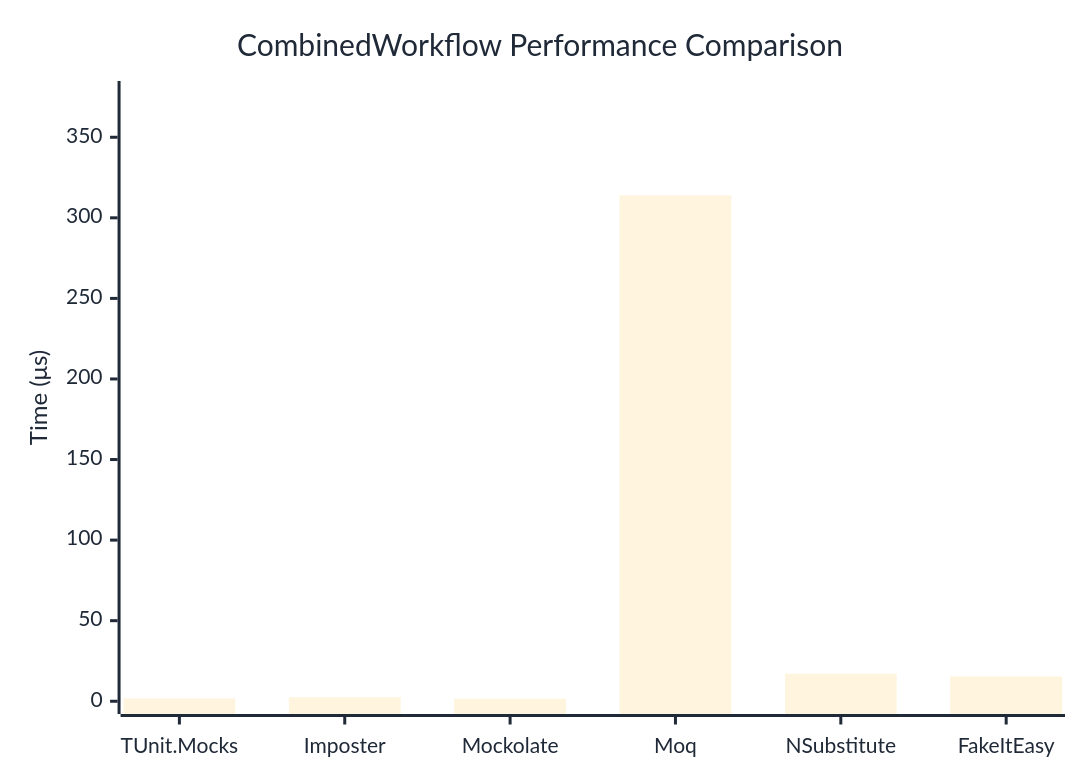
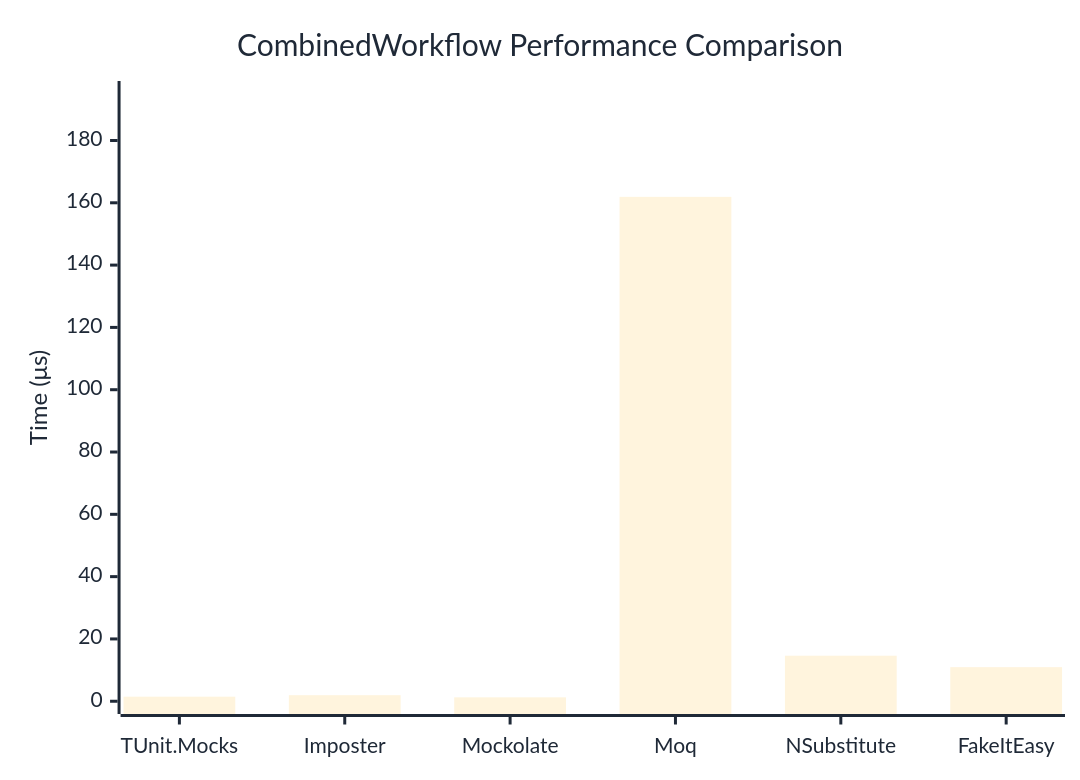
The diagram in docs/docs/benchmarks/mocks/CombinedWorkflow.md (thomhurst/TUnit), drawn with Mermaid before and after one commit. The commit also changed other lines of this file and 14 other files, not shown here.

````diff
--- a/docs/docs/benchmarks/mocks/CombinedWorkflow.md
+++ b/docs/docs/benchmarks/mocks/CombinedWorkflow.md
@@ -30,27 +30,27 @@
 ```mermaid
 %%{init: {
   'theme':'base',
   'themeVariables': {
     'primaryColor': '#2563eb',
     'primaryTextColor': '#1f2937',
     'primaryBorderColor': '#1e40af',
     'lineColor': '#6b7280',
     'secondaryColor': '#7c3aed',
     'tertiaryColor': '#dc2626',
     'background': '#ffffff',
     'pie1': '#2563eb',
     'pie2': '#7c3aed',
     'pie3': '#dc2626',
     'pie4': '#f59e0b',
     'pie5': '#10b981',
     'pie6': '#06b6d4',
     'pie7': '#ec4899',
     'pie8': '#6366f1'
   }
 }}%%
 xychart-beta
   title "CombinedWorkflow Performance Comparison"
   x-axis ["TUnit.Mocks", "Imposter", "Mockolate", "Moq", "NSubstitute", "FakeItEasy"]
-  y-axis "Time (μs)" 0 --> 377
-  bar [1.811, 2.458, 1.573, 313.98, 17.087, 15.38]
+  y-axis "Time (μs)" 0 --> 195
+  bar [1.468, 1.942, 1.254, 161.91, 14.622, 10.942]
 ```
````
